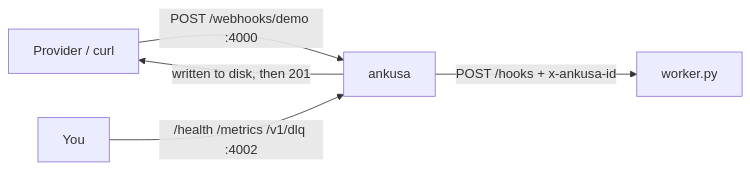
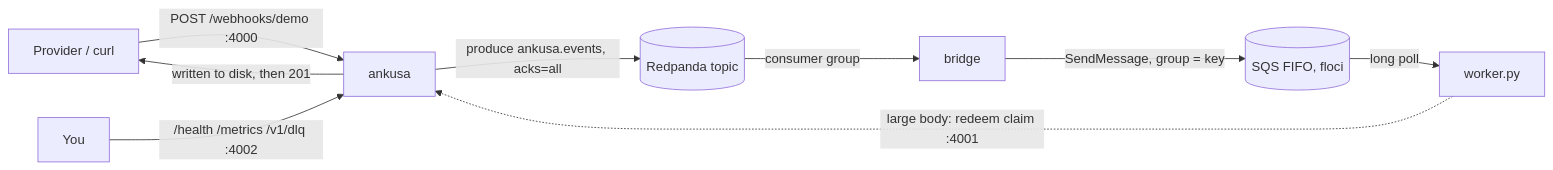
Before and after one commit to jamescarr/ankusa: the diagram in examples/quickstart/README.md, drawn with Mermaid. The commit also changed other lines of this file and 20 other files, not shown here.

First line of the commit message:
docs: feature a queue worker (Kafka → SQS FIFO) in the README quickstart (#203)

````diff
--- a/examples/quickstart/README.md
+++ b/examples/quickstart/README.md
@@ -9,7 +15,11 @@
 ```mermaid
 flowchart LR
     P[Provider / curl] -->|POST /webhooks/demo :4000| A[ankusa]
     A -->|written to disk, then 201| P
-    A -->|POST /hooks + x-ankusa-id| W[worker.py]
+    A -->|produce ankusa.events, acks=all| T[(Redpanda topic)]
+    T -->|consumer group| B[bridge]
+    B -->|SendMessage, group = key| Q[(SQS FIFO, floci)]
+    Q -->|long poll| W[worker.py]
+    W -.->|large body: redeem claim :4001| A
     O[You] -->|/health /metrics /v1/dlq :4002| A
 ```
````
